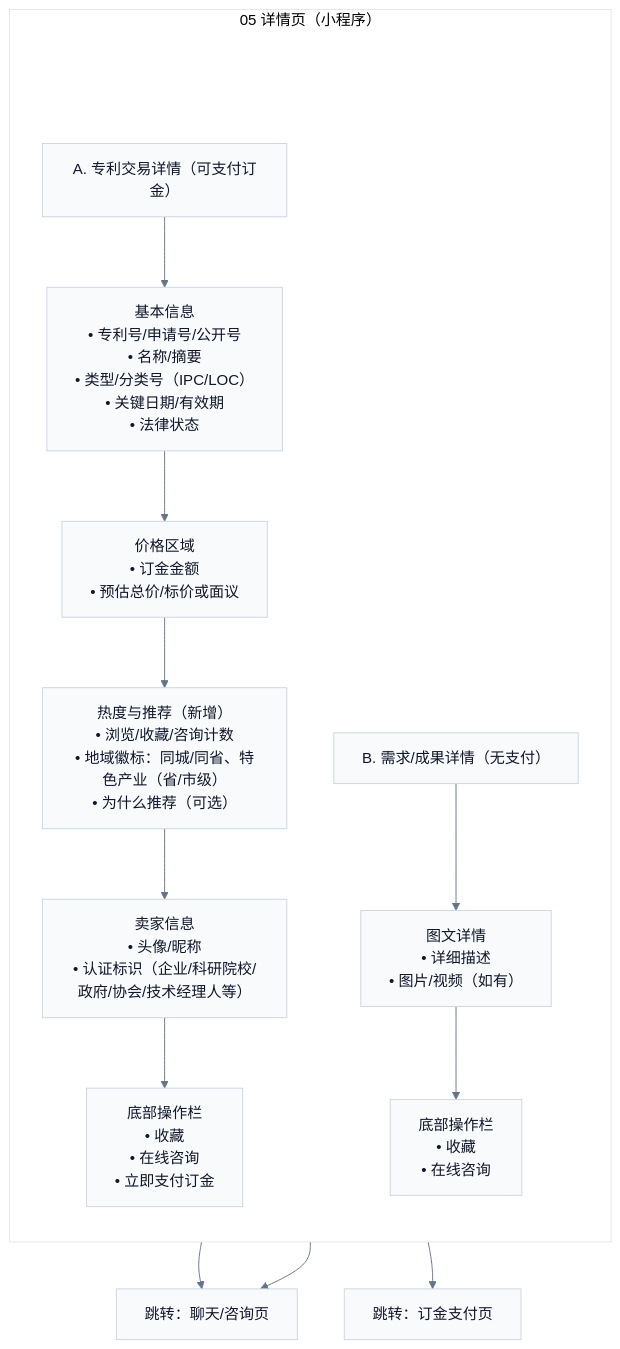
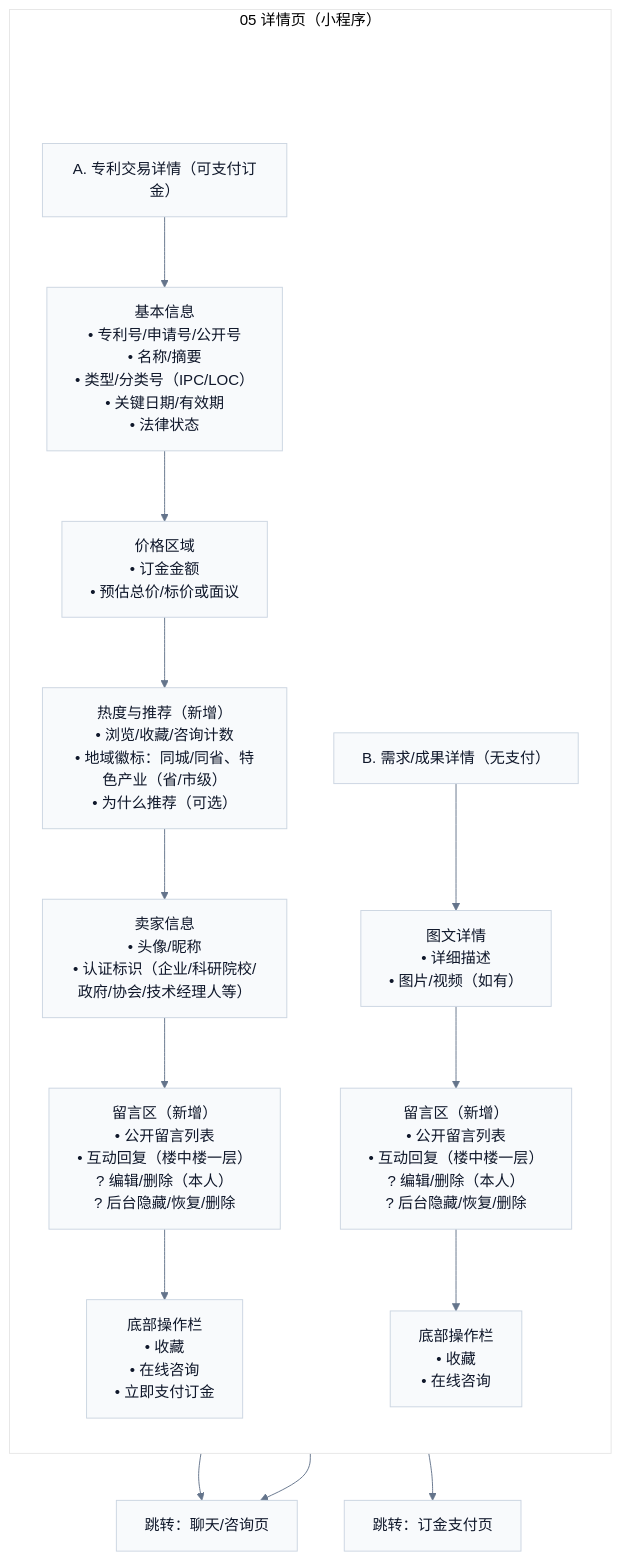
Before and after one commit to Ming-1984/Ipmoney: the diagram in docs/demo/pages/miniapp/05-detail.mmd, drawn with Mermaid. The commit also changed 190 other files, not shown here.

```diff
--- a/docs/demo/pages/miniapp/05-detail.mmd
+++ b/docs/demo/pages/miniapp/05-detail.mmd
@@ -1,33 +1,35 @@
 %%{init: {'theme':'base','flowchart': {'htmlLabels': true},'themeVariables': {'fontFamily': 'Inter, Microsoft YaHei, sans-serif','lineColor':'#64748B','primaryTextColor':'#0F172A','primaryBorderColor':'#CBD5E1','primaryColor':'#F8FAFC'}}}%%
 flowchart TB
   subgraph P["05 详情页（小程序）"]
     direction TB
     Pad[" "]:::pad
 
     TitleA["A. 专利交易详情（可支付订金）"]:::section
     Info["基本信息<br/>• 专利号/申请号/公开号<br/>• 名称/摘要<br/>• 类型/分类号（IPC/LOC）<br/>• 关键日期/有效期<br/>• 法律状态"]
     Price["价格区域<br/>• 订金金额<br/>• 预估总价/标价或面议"]
     Stats["热度与推荐（新增）<br/>• 浏览/收藏/咨询计数<br/>• 地域徽标：同城/同省、特色产业（省/市级）<br/>• 为什么推荐（可选）"]
     Seller["卖家信息<br/>• 头像/昵称<br/>• 认证标识（企业/科研院校/政府/协会/技术经理人等）"]
+    Comments["留言区（新增）<br/>• 公开留言列表<br/>• 互动回复（楼中楼一层）<br/>? 编辑/删除（本人）<br/>? 后台隐藏/恢复/删除"]
     Actions["底部操作栏<br/>• 收藏<br/>• 在线咨询<br/>• 立即支付订金"]
 
     TitleB["B. 需求/成果详情（无支付）"]:::section
     Content["图文详情<br/>• 详细描述<br/>• 图片/视频（如有）"]
+    Comments2["留言区（新增）<br/>• 公开留言列表<br/>• 互动回复（楼中楼一层）<br/>? 编辑/删除（本人）<br/>? 后台隐藏/恢复/删除"]
     Actions2["底部操作栏<br/>• 收藏<br/>• 在线咨询"]
 
     Pad --> TitleA
     TitleA --> Info
-    Info --> Price --> Stats --> Seller --> Actions
+    Info --> Price --> Stats --> Seller --> Comments --> Actions
 
-    TitleB --> Content --> Actions2
+    TitleB --> Content --> Comments2 --> Actions2
   end
 
   Msg["跳转：聊天/咨询页"]
   Checkout["跳转：订金支付页"]
   Actions --> Msg
   Actions --> Checkout
   Actions2 --> Msg
 
   classDef pad fill:transparent,stroke:transparent,color:transparent;
   classDef section fill:#F8FAFC,stroke:#CBD5E1,color:#0F172A;
   linkStyle 0 stroke:transparent,fill:transparent;
```
